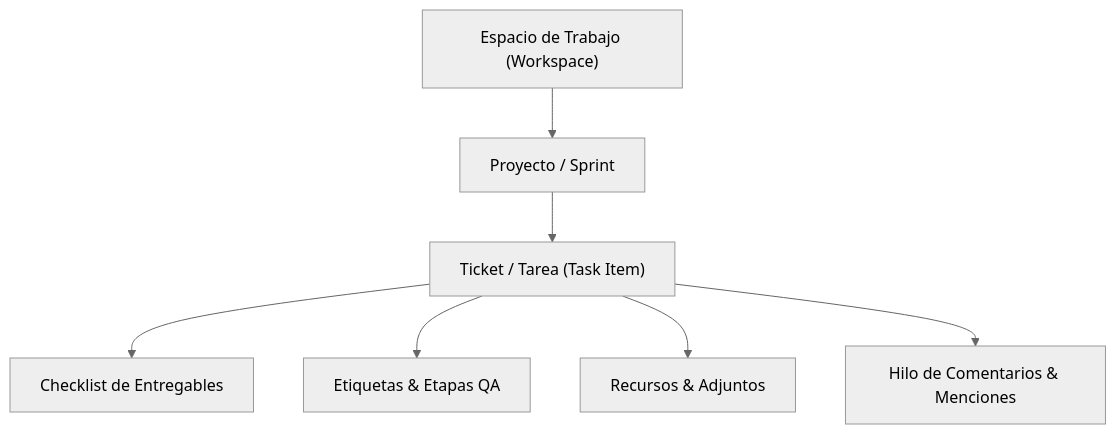
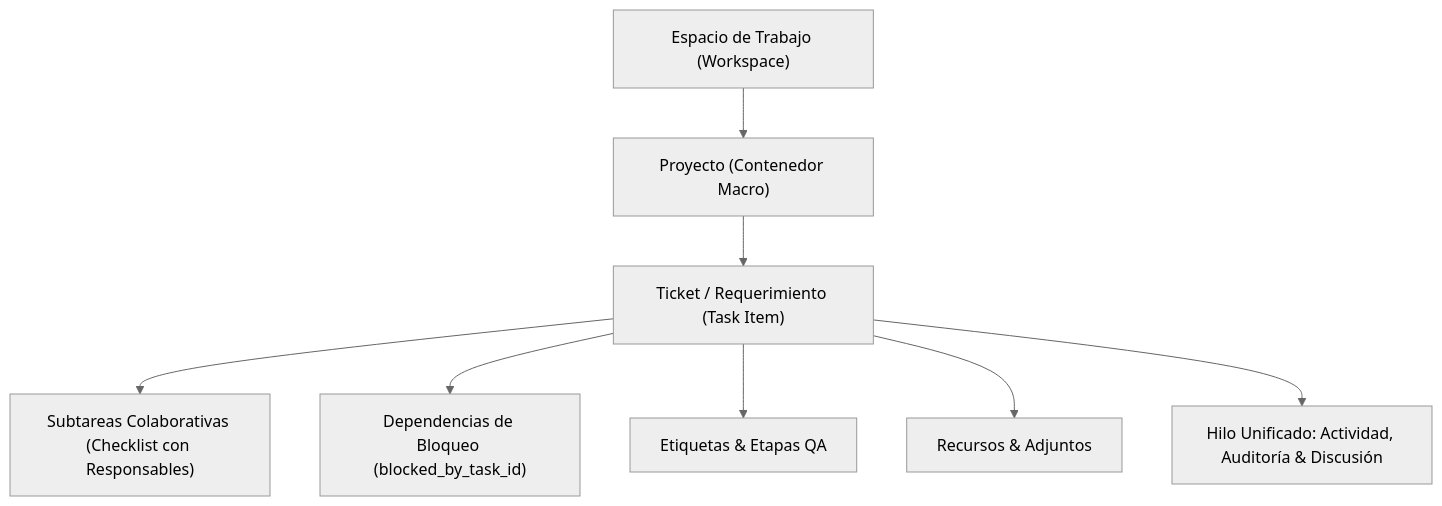
The first of 3 diagrams in docs/2-architecture/modules/task-management-architecture.md (ChristianGroove/agency-manager), drawn with Mermaid (neutral theme) before and after one commit. The commit also changed other lines of this file and 13 other files, not shown here.

Commit message:
feat(tasks): subtareas colaborativas 2.0, auditoria integrada en discusion, dependencias de bloqueo reactivas y purificacion conceptual

````diff
--- a/docs/2-architecture/modules/task-management-architecture.md
+++ b/docs/2-architecture/modules/task-management-architecture.md
@@ -11,9 +11,10 @@
 ```mermaid
 graph TD
-    A["Espacio de Trabajo (Workspace)"] --> B["Proyecto / Sprint"]
-    B --> C["Ticket / Tarea (Task Item)"]
-    C --> D["Checklist de Entregables"]
-    C --> E["Etiquetas & Etapas QA"]
-    C --> F["Recursos & Adjuntos"]
-    C --> G["Hilo de Comentarios & Menciones"]
+    A["Espacio de Trabajo (Workspace)"] --> B["Proyecto (Contenedor Macro)"]
+    B --> C["Ticket / Requerimiento (Task Item)"]
+    C --> D["Subtareas Colaborativas (Checklist con Responsables)"]
+    C --> E["Dependencias de Bloqueo (blocked_by_task_id)"]
+    C --> F["Etiquetas & Etapas QA"]
+    C --> G["Recursos & Adjuntos"]
+    C --> H["Hilo Unificado: Actividad, Auditoría & Discusión"]
 ```
````
